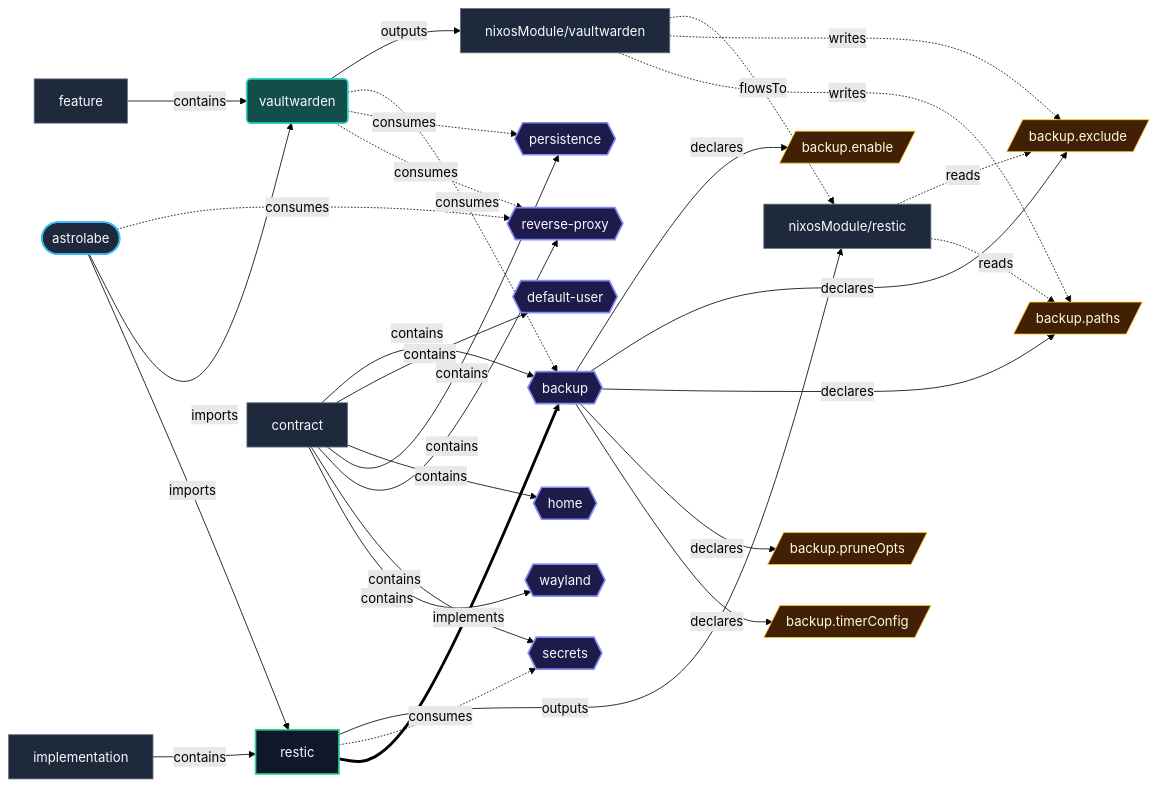
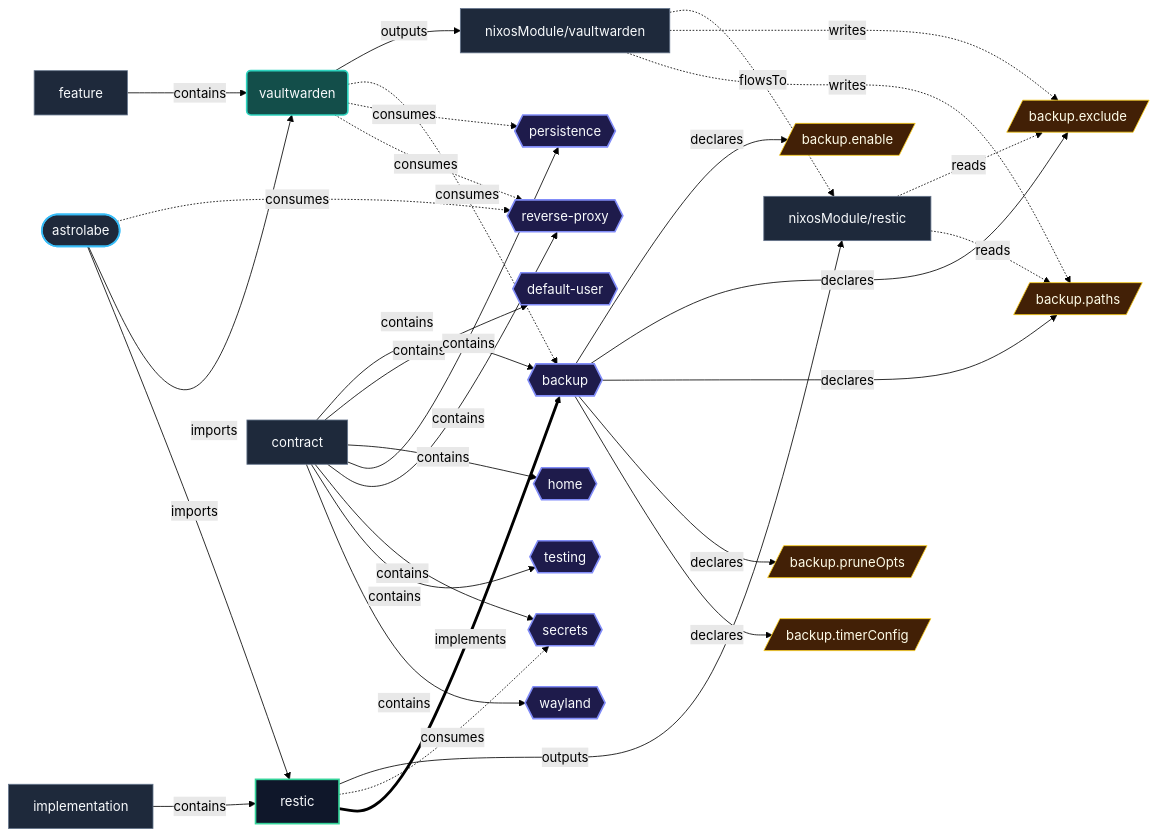
One commit to LW-54/nixconf changed the diagram in docs/contracts/backup.md. Above: the diagram before and after it, drawn with Mermaid (forest theme). The commit also changed 44 other files, not shown here.

````diff
--- a/docs/contracts/backup.md
+++ b/docs/contracts/backup.md
@@ -15,79 +15,82 @@
 ```mermaid
 flowchart LR
   urn__nixconf__ast__module__restic["nixosModule/restic"]:::defaultNode
     urn__nixconf__ast__module__vaultwarden["nixosModule/vaultwarden"]:::defaultNode
     urn__nixconf__ast__option__backup_enable[/"backup.enable"/]:::optNode
     urn__nixconf__ast__option__backup_exclude[/"backup.exclude"/]:::optNode
     urn__nixconf__ast__option__backup_paths[/"backup.paths"/]:::optNode
     urn__nixconf__ast__option__backup_pruneOpts[/"backup.pruneOpts"/]:::optNode
     urn__nixconf__ast__option__backup_timerConfig[/"backup.timerConfig"/]:::optNode
     urn__nixconf__onto__contract__backup{{"backup"}}:::contractNode
     urn__nixconf__onto__contract__default_user{{"default-user"}}:::contractNode
     urn__nixconf__onto__contract__home{{"home"}}:::contractNode
     urn__nixconf__onto__contract__persistence{{"persistence"}}:::contractNode
     urn__nixconf__onto__contract__reverse_proxy{{"reverse-proxy"}}:::contractNode
     urn__nixconf__onto__contract__secrets{{"secrets"}}:::contractNode
+    urn__nixconf__onto__contract__testing{{"testing"}}:::contractNode
     urn__nixconf__onto__contract__wayland{{"wayland"}}:::contractNode
     urn__nixconf__onto__feature__vaultwarden("vaultwarden"):::featureNode
     urn__nixconf__onto__host__astrolabe(["astrolabe"]):::hostNode
     urn__nixconf__onto__implementation__restic["restic"]:::implNode
     urn__nixconf__onto__primitive__contract["contract"]:::defaultNode
     urn__nixconf__onto__primitive__feature["feature"]:::defaultNode
     urn__nixconf__onto__primitive__implementation["implementation"]:::defaultNode
 
     urn__nixconf__ast__module__restic -.->|reads| urn__nixconf__ast__option__backup_exclude
     urn__nixconf__ast__module__restic -.->|reads| urn__nixconf__ast__option__backup_paths
     urn__nixconf__ast__module__vaultwarden -.->|flowsTo| urn__nixconf__ast__module__restic
     urn__nixconf__ast__module__vaultwarden -.->|writes| urn__nixconf__ast__option__backup_exclude
     urn__nixconf__ast__module__vaultwarden -.->|writes| urn__nixconf__ast__option__backup_paths
     urn__nixconf__onto__contract__backup -->|declares| urn__nixconf__ast__option__backup_enable
     urn__nixconf__onto__contract__backup -->|declares| urn__nixconf__ast__option__backup_exclude
     urn__nixconf__onto__contract__backup -->|declares| urn__nixconf__ast__option__backup_paths
     urn__nixconf__onto__contract__backup -->|declares| urn__nixconf__ast__option__backup_pruneOpts
     urn__nixconf__onto__contract__backup -->|declares| urn__nixconf__ast__option__backup_timerConfig
     urn__nixconf__onto__feature__vaultwarden -->|outputs| urn__nixconf__ast__module__vaultwarden
     urn__nixconf__onto__feature__vaultwarden -.->|consumes| urn__nixconf__onto__contract__backup
     urn__nixconf__onto__feature__vaultwarden -.->|consumes| urn__nixconf__onto__contract__persistence
     urn__nixconf__onto__feature__vaultwarden -.->|consumes| urn__nixconf__onto__contract__reverse_proxy
     urn__nixconf__onto__host__astrolabe -.->|consumes| urn__nixconf__onto__contract__reverse_proxy
     urn__nixconf__onto__host__astrolabe -->|imports| urn__nixconf__onto__feature__vaultwarden
     urn__nixconf__onto__host__astrolabe -->|imports| urn__nixconf__onto__implementation__restic
     urn__nixconf__onto__implementation__restic -->|outputs| urn__nixconf__ast__module__restic
     urn__nixconf__onto__implementation__restic -.->|consumes| urn__nixconf__onto__contract__secrets
     urn__nixconf__onto__implementation__restic ==>|implements| urn__nixconf__onto__contract__backup
     urn__nixconf__onto__primitive__contract -->|contains| urn__nixconf__onto__contract__backup
     urn__nixconf__onto__primitive__contract -->|contains| urn__nixconf__onto__contract__default_user
     urn__nixconf__onto__primitive__contract -->|contains| urn__nixconf__onto__contract__home
     urn__nixconf__onto__primitive__contract -->|contains| urn__nixconf__onto__contract__persistence
     urn__nixconf__onto__primitive__contract -->|contains| urn__nixconf__onto__contract__reverse_proxy
     urn__nixconf__onto__primitive__contract -->|contains| urn__nixconf__onto__contract__secrets
+    urn__nixconf__onto__primitive__contract -->|contains| urn__nixconf__onto__contract__testing
     urn__nixconf__onto__primitive__contract -->|contains| urn__nixconf__onto__contract__wayland
     urn__nixconf__onto__primitive__feature -->|contains| urn__nixconf__onto__feature__vaultwarden
     urn__nixconf__onto__primitive__implementation -->|contains| urn__nixconf__onto__implementation__restic
 
 
     click urn__nixconf__ast__module__restic href "../modules/restic.md" "restic"
     click urn__nixconf__ast__module__vaultwarden href "../modules/vaultwarden.md" "vaultwarden"
     click urn__nixconf__onto__contract__backup href "../contracts/backup.md" "backup"
     click urn__nixconf__onto__contract__default_user href "../contracts/default-user.md" "default-user"
     click urn__nixconf__onto__contract__home href "../contracts/home.md" "home"
     click urn__nixconf__onto__contract__persistence href "../contracts/persistence.md" "persistence"
     click urn__nixconf__onto__contract__reverse_proxy href "../contracts/reverse-proxy.md" "reverse-proxy"
     click urn__nixconf__onto__contract__secrets href "../contracts/secrets.md" "secrets"
+    click urn__nixconf__onto__contract__testing href "../contracts/testing.md" "testing"
     click urn__nixconf__onto__contract__wayland href "../contracts/wayland.md" "wayland"
     click urn__nixconf__onto__feature__vaultwarden href "../features/vaultwarden.md" "vaultwarden"
     click urn__nixconf__onto__host__astrolabe href "../hosts/astrolabe.md" "astrolabe"
     click urn__nixconf__onto__implementation__restic href "../implementations/restic.md" "restic"
 
   %% Semantic Visual Classes
   classDef hostNode fill:#1e293b,stroke:#38bdf8,stroke-width:2px,color:#f8fafc;
   classDef contractNode fill:#1e1b4b,stroke:#818cf8,stroke-width:2px,color:#f8fafc;
   classDef implNode fill:#0f172a,stroke:#34d399,stroke-width:2px,color:#f8fafc;
   classDef featureNode fill:#134e4a,stroke:#2dd4bf,stroke-width:2px,color:#f8fafc;
   classDef optNode fill:#422006,stroke:#facc15,stroke-width:1px,color:#fefce8;
   classDef typeNode fill:#3b0764,stroke:#c084fc,stroke-width:1px,color:#faf5ff;
   classDef pkgNode fill:#4c0519,stroke:#fb7185,stroke-width:1px,color:#fff1f2;
   classDef devShellNode fill:#451a03,stroke:#fb923c,stroke-width:1px,color:#fff7ed;
   classDef drvNode fill:#18181b,stroke:#a1a1aa,stroke-width:1px,color:#f4f4f5;
   classDef defaultNode fill:#1e293b,stroke:#64748b,stroke-width:1px,color:#f8fafc;
 ```
````
